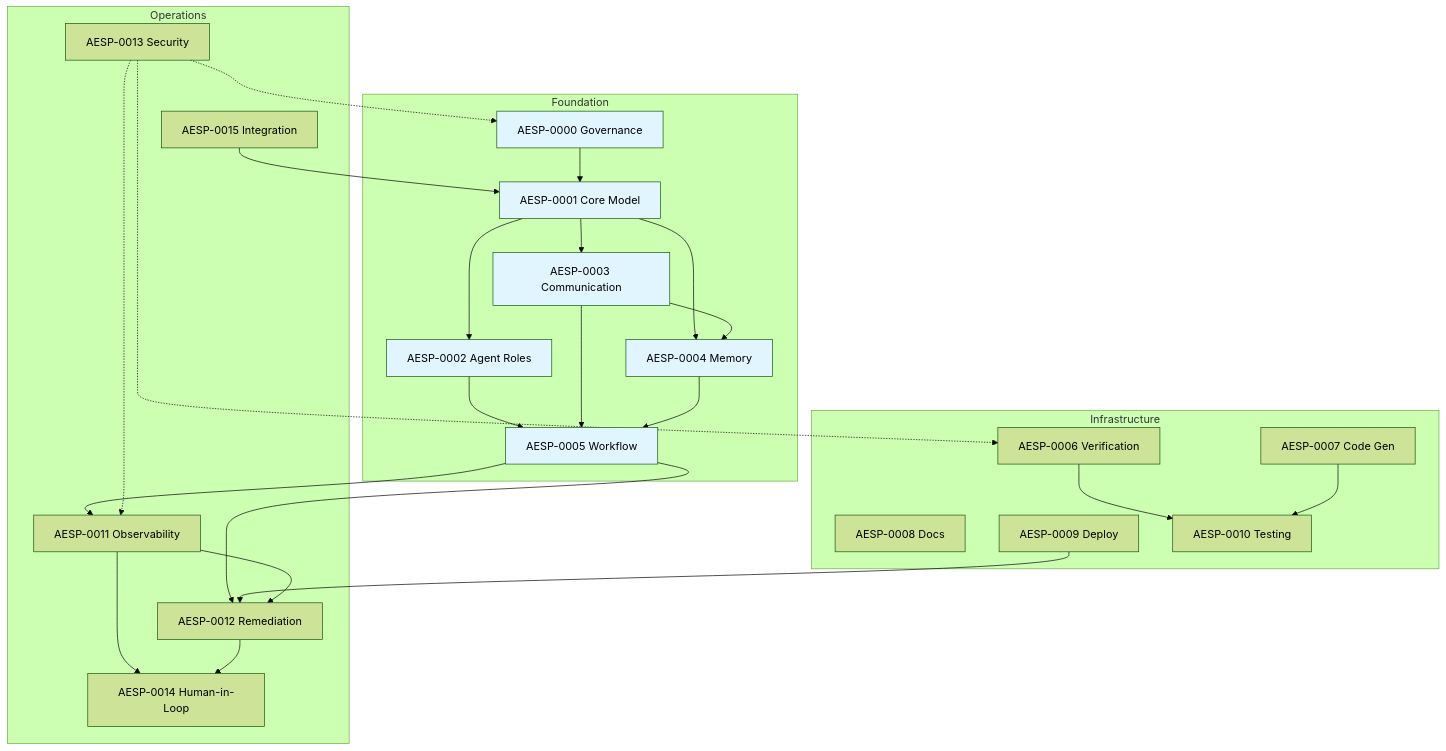
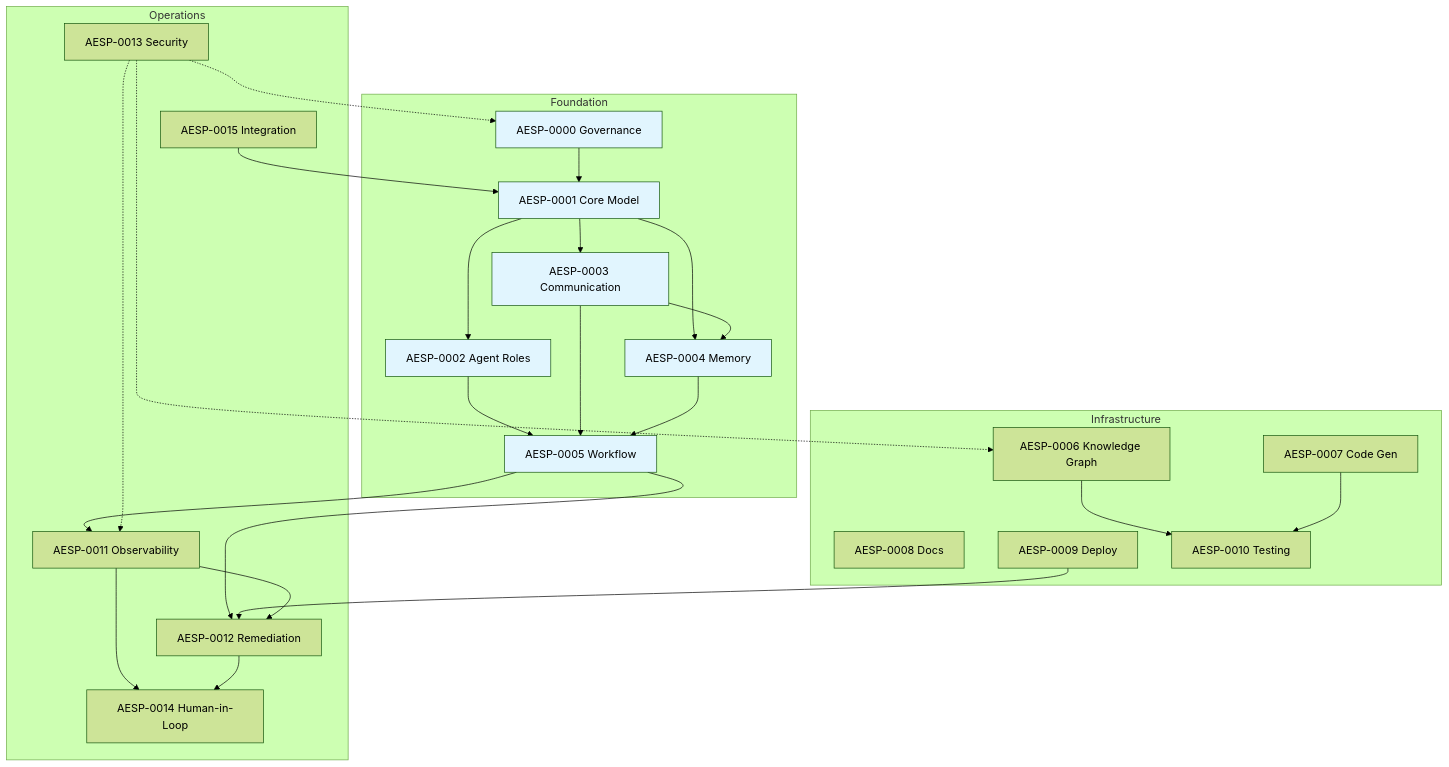
Before and after one commit to kishoreHQ/AESP: the diagram in specification/README.md, drawn with Mermaid (forest theme). The commit also changed other lines of this file and 8 other files, not shown here.

Commit message:
docs(aesp-0006): add knowledge graph specification

````diff
--- a/specification/README.md
+++ b/specification/README.md
@@ -58,57 +58,57 @@
 ```mermaid
 graph TD
     subgraph Foundation
         A0000[AESP-0000 Governance]
         A0001[AESP-0001 Core Model]
         A0002[AESP-0002 Agent Roles]
         A0003[AESP-0003 Communication]
         A0004[AESP-0004 Memory]
         A0005[AESP-0005 Workflow]
     end
 
     subgraph Infrastructure
-        A0006[AESP-0006 Verification]
+        A0006[AESP-0006 Knowledge Graph]
         A0007[AESP-0007 Code Gen]
         A0008[AESP-0008 Docs]
         A0009[AESP-0009 Deploy]
         A0010[AESP-0010 Testing]
     end
 
     subgraph Operations
         A0011[AESP-0011 Observability]
         A0012[AESP-0012 Remediation]
         A0013[AESP-0013 Security]
         A0014[AESP-0014 Human-in-Loop]
         A0015[AESP-0015 Integration]
     end
 
     A0000 --> A0001
     A0001 --> A0002
     A0001 --> A0003
     A0001 --> A0004
     A0002 --> A0005
     A0003 --> A0004
     A0003 --> A0005
     A0004 --> A0005
     A0005 --> A0011
     A0005 --> A0012
 
     A0006 --> A0010
     A0007 --> A0010
     A0009 --> A0012
 
     A0011 --> A0012
     A0011 --> A0014
     A0012 --> A0014
     A0013 -.-> A0000
     A0013 -.-> A0006
     A0013 -.-> A0011
     A0015 --> A0001
 
     style A0000 fill:#e1f5fe
     style A0001 fill:#e1f5fe
     style A0002 fill:#e1f5fe
     style A0003 fill:#e1f5fe
     style A0004 fill:#e1f5fe
     style A0005 fill:#e1f5fe
 ```
````
